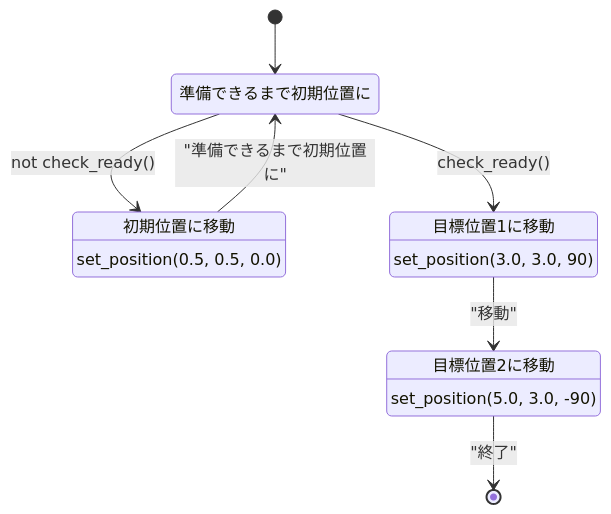
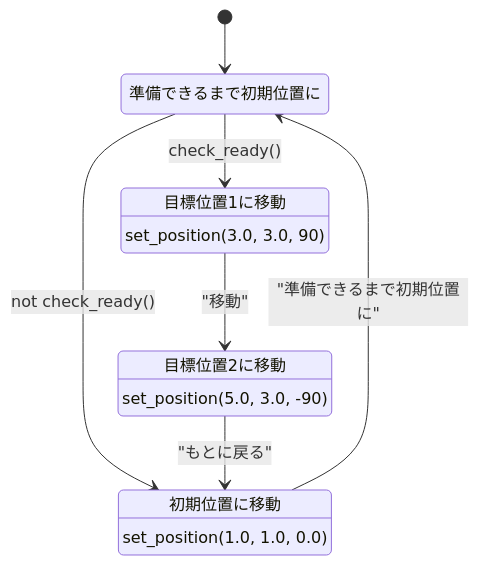
Before and after one commit to NITIC-Robot-Club/nhk2025b_ros2: the diagram in src/launch/nhk2025b_launch/state_graph/blue.md, drawn with Mermaid. The commit also changed 1 other file, not shown here.

Commit message:
うごく

````diff
--- a/src/launch/nhk2025b_launch/state_graph/blue.md
+++ b/src/launch/nhk2025b_launch/state_graph/blue.md
@@ -1,19 +1,19 @@
 ```mermaid
 stateDiagram-v2
     if_0 : 準備できるまで初期位置に
 
     position_0 : 初期位置に移動
-    position_0 : set_position(0.5, 0.5, 0.0)
+    position_0 : set_position(1.0, 1.0, 0.0)
     position_1 : 目標位置1に移動
     position_1 : set_position(3.0, 3.0, 90)
     position_2 : 目標位置2に移動
     position_2 : set_position(5.0, 3.0, -90)
 
     [*] --> if_0
     if_0 --> position_0 : not check_ready()
     position_0 --> if_0 : "準備できるまで初期位置に"
 
     if_0 --> position_1 : check_ready()
     position_1 --> position_2 : "移動"
-    position_2 --> [*] : "終了"
+    position_2 --> position_0 : "もとに戻る"
 ```
````
